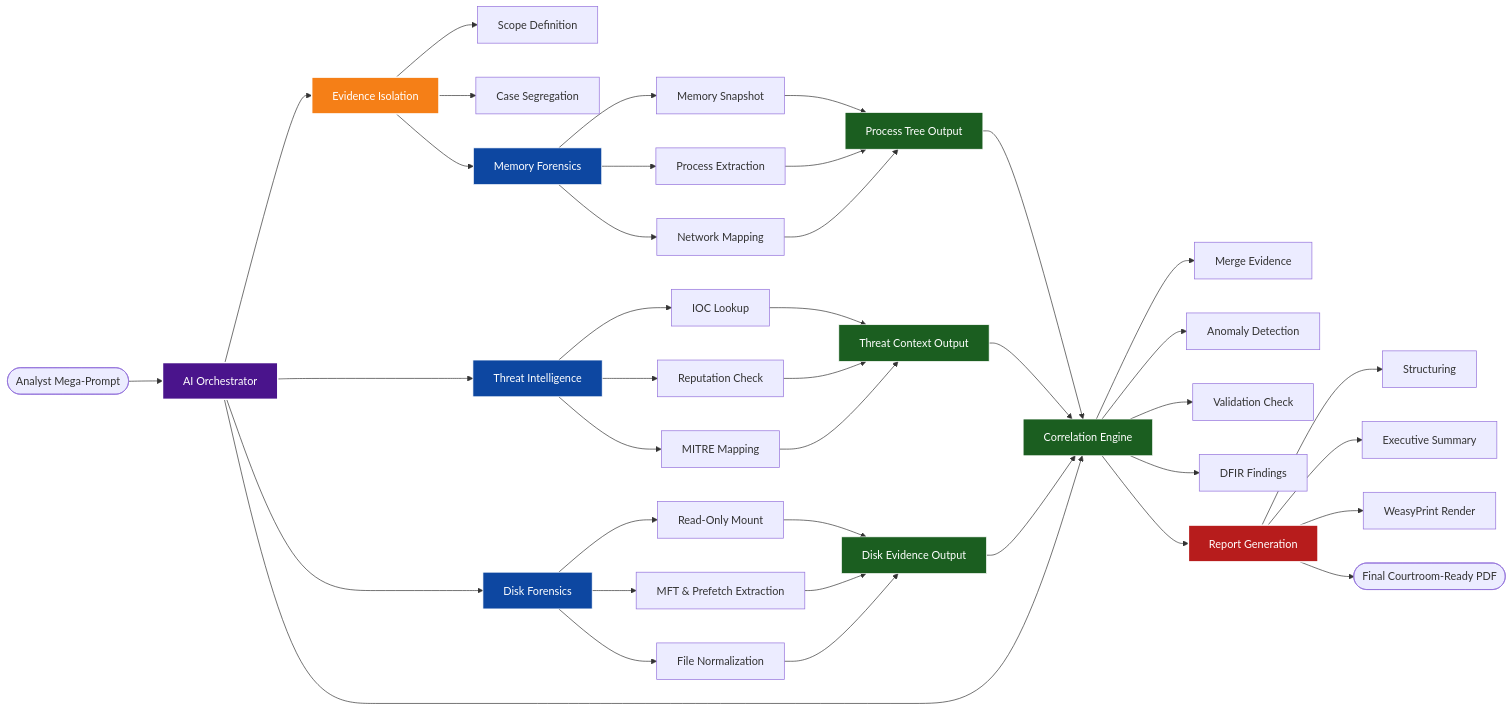
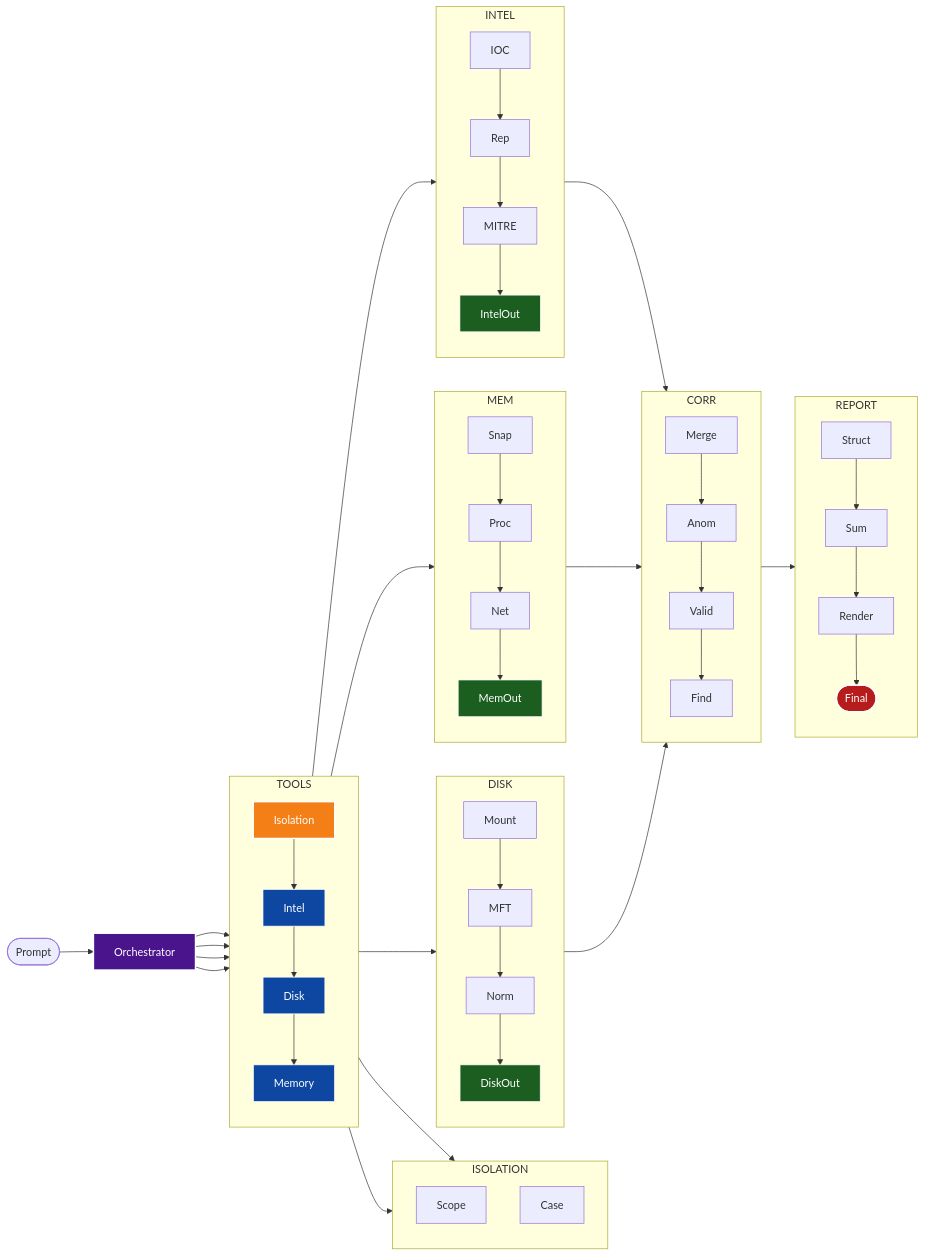
The diagram in README.md (mdaminxf/DigiSec), drawn with Mermaid before and after one commit.

````diff
--- a/README.md
+++ b/README.md
@@ -21,67 +21,91 @@
 ```mermaid
 graph LR
 
-%% Styles
+%% =========================
+%% STYLES
+%% =========================
 classDef llm fill:#4a148c,stroke:#fff,stroke-width:2px,color:#fff
 classDef tools fill:#0d47a1,stroke:#fff,stroke-width:1px,color:#fff
 classDef safe fill:#1b5e20,stroke:#fff,stroke-width:1px,color:#fff
 classDef report fill:#b71c1c,stroke:#fff,stroke-width:2px,color:#fff
 classDef isolate fill:#f57f17,stroke:#fff,stroke-width:2px,color:#fff
 
-%% Root: The investigation starts with a single natural language prompt
-A([Analyst Mega-Prompt]) --> B[AI Orchestrator]:::llm
+%% =========================
+%% ROOT
+%% =========================
+A([Prompt])-->B[Orchestrator]:::llm
 
-%% FIRST CALL LAYER: The AI dynamically routes to the major tool boundaries
-B --> C1[Evidence Isolation]:::isolate
-B --> C2[Threat Intelligence]:::tools
-B --> C3[Disk Forensics]:::tools
+%% =========================
+%% TOOLS FRAME
+%% =========================
+subgraph T[TOOLS]
+direction TB
+C1[Isolation]:::isolate-->C2[Intel]:::tools-->C3[Disk]:::tools-->C4[Memory]:::tools
+end
 
-%% SECOND CALL LAYER: Sub-tasks handled autonomously by the tools
-C1 --> D1[Scope Definition]
-C1 --> D2[Case Segregation]
+B-->C1
+B-->C2
+B-->C3
+B-->C4
 
-C3 --> D3[Read-Only Mount]
-C3 --> D4[MFT & Prefetch Extraction]
-C3 --> D5[File Normalization]
+%% =========================
+%% ISOLATION FRAME
+%% =========================
+subgraph I[ISOLATION]
+direction TB
+D1[Scope]
+D2[Case]
+end
 
-C2 --> D6[IOC Lookup]
-C2 --> D7[Reputation Check]
-C2 --> D8[MITRE Mapping]
+C1-->D1
+C1-->D2
 
-%% THIRD LAYER: Derived Outputs constrained by safety rules
-D3 --> E1[Disk Evidence Output]:::safe
-D4 --> E1
-D5 --> E1
+%% =========================
+%% DISK FRAME
+%% =========================
+subgraph D[DISK]
+direction TB
+D3[Mount]-->D4[MFT]-->D5[Norm]-->E1[DiskOut]:::safe
+end
 
-D6 --> E2[Threat Context Output]:::safe
-D7 --> E2
-D8 --> E2
+C3-->D3
 
-%% Isolated evidence feeds safely into memory extraction
-C1 --> E3[Memory Forensics]:::tools
-E3 --> F1[Memory Snapshot]
-E3 --> F2[Process Extraction]
-E3 --> F3[Network Mapping]
+%% =========================
+%% MEMORY FRAME
+%% =========================
+subgraph M[MEM]
+direction TB
+D6[Snap]-->D7[Proc]-->D8[Net]-->E2[MemOut]:::safe
+end
 
-F1 --> E4[Process Tree Output]:::safe
-F2 --> E4
-F3 --> E4
+C4-->D6
 
-%% FOURTH LAYER: The Anti-Hallucination Correlation Engine
-B --> G[Correlation Engine]:::safe
-E1 --> G
-E2 --> G
-E4 --> G
+%% =========================
+%% INTEL FRAME
+%% =========================
+subgraph TI[INTEL]
+direction TB
+D9[IOC]-->D10[Rep]-->D11[MITRE]-->E3[IntelOut]:::safe
+end
 
-G --> G1[Merge Evidence]
-G --> G2[Anomaly Detection]
-G --> G3[Validation Check]
-G --> G4[DFIR Findings]
+C2-->D9
 
-%% FINAL LAYER: Compiling the findings into the Executive PDF
-G --> H[Report Generation]:::report
-H --> H1[Structuring]
-H --> H2[Executive Summary]
-H --> H3[WeasyPrint Render]
-H --> H4([Final Courtroom-Ready PDF])
+%% =========================
+%% CORRELATION FRAME
+%% =========================
+subgraph C[CORR]
+direction TB
+E1-->G[Merge]
+E2-->G
+E3-->G
+G-->G1[Anom]-->G2[Valid]-->G3[Find]
+end
+
+%% =========================
+%% REPORT FRAME
+%% =========================
+subgraph R[REPORT]
+direction TB
+G-->H1[Struct]-->H2[Sum]-->H3[Render]-->H4([Final]):::report
+end
 ```
````
